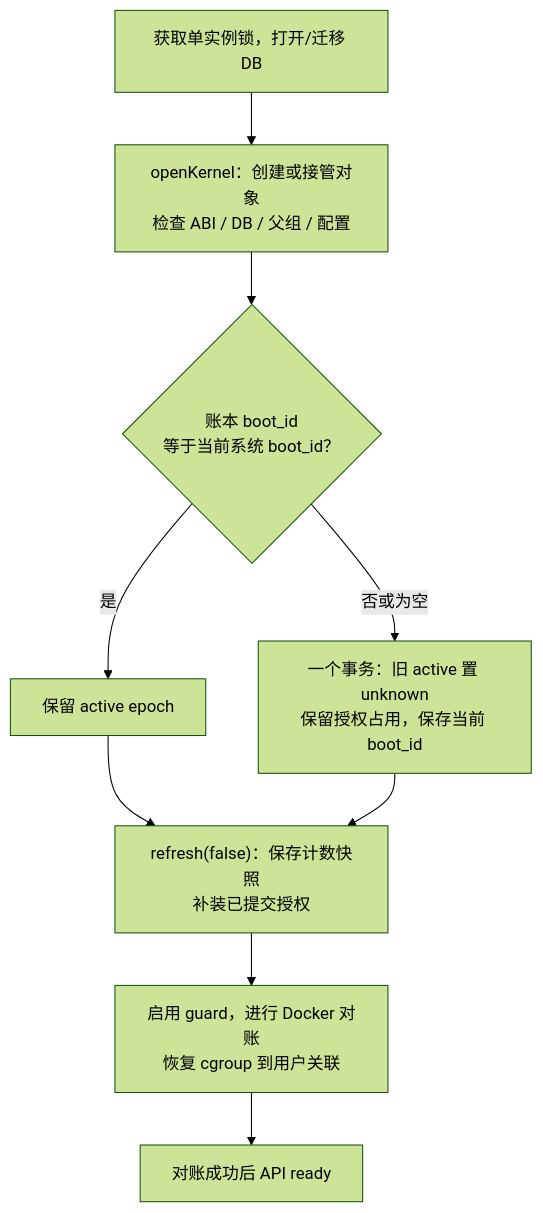
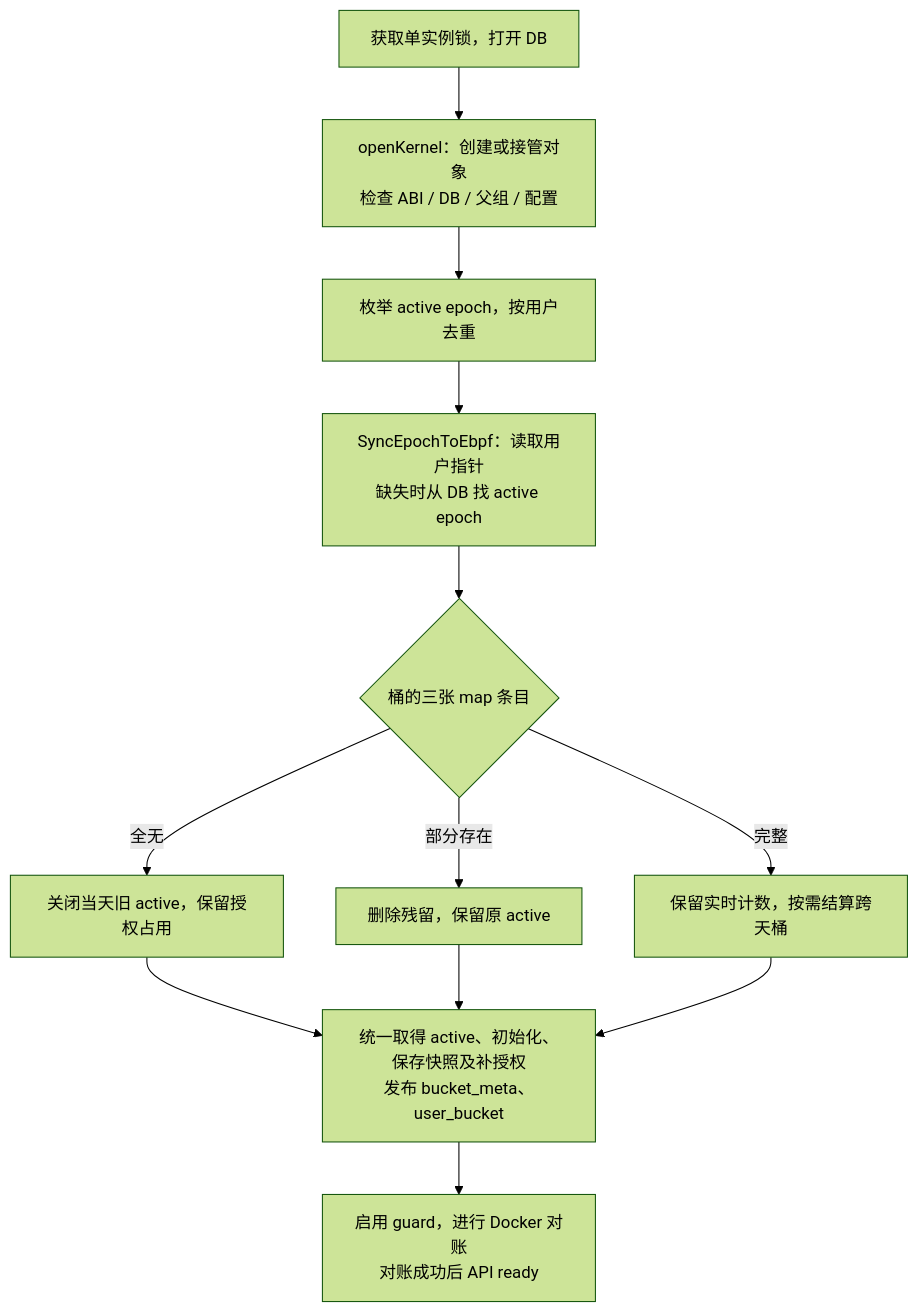
Before and after one commit to mikellxy/laxcode: the fourth of 4 diagrams in docs/laxcode-manager-network-quota-design.md, drawn with Mermaid (forest theme). The commit also changed other lines of this file and 21 other files, not shown here.

First line of the commit message:
refactor(manager): unify per-user epoch synchronization

````diff
--- a/docs/laxcode-manager-network-quota-design.md
+++ b/docs/laxcode-manager-network-quota-design.md
@@ -380,11 +379,14 @@
 ```mermaid
 flowchart TB
-    A["获取单实例锁，打开/迁移 DB"] --> B["openKernel：创建或接管对象<br/>检查 ABI / DB / 父组 / 配置"]
-    B --> C{"账本 boot_id<br/>等于当前系统 boot_id？"}
-    C -->|"是"| D["保留 active epoch"]
-    C -->|"否或为空"| E["一个事务：旧 active 置 unknown<br/>保留授权占用，保存当前 boot_id"]
-    D --> F["refresh(false)：保存计数快照<br/>补装已提交授权"]
-    E --> F
-    F --> G["启用 guard，进行 Docker 对账<br/>恢复 cgroup 到用户关联"]
-    G --> H["对账成功后 API ready"]
+    A["获取单实例锁，打开 DB"] --> B["openKernel：创建或接管对象<br/>检查 ABI / DB / 父组 / 配置"]
+    B --> C["枚举 active epoch，按用户去重"]
+    C --> D["SyncEpochToEbpf：读取用户指针<br/>缺失时从 DB 找 active epoch"]
+    D --> E{"桶的三张 map 条目"}
+    E -->|"全无"| F["关闭当天旧 active，保留授权占用"]
+    E -->|"部分存在"| G["删除残留，保留原 active"]
+    E -->|"完整"| H["保留实时计数，按需结算跨天桶"]
+    F --> I["统一取得 active、初始化、保存快照及补授权<br/>发布 bucket_meta、user_bucket"]
+    G --> I
+    H --> I
+    I --> J["启用 guard，进行 Docker 对账<br/>对账成功后 API ready"]
 ```
````
